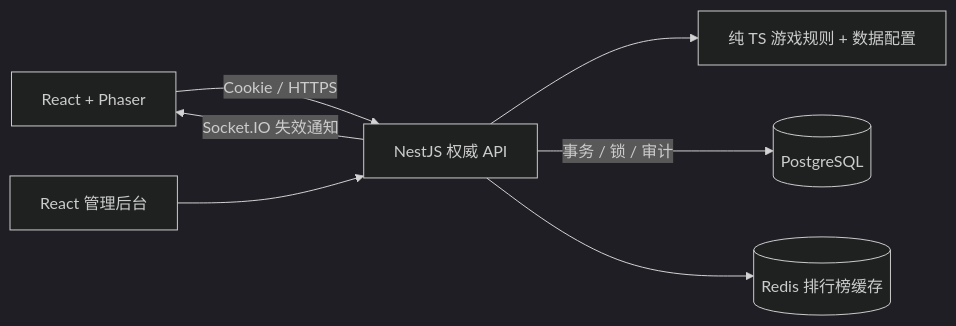
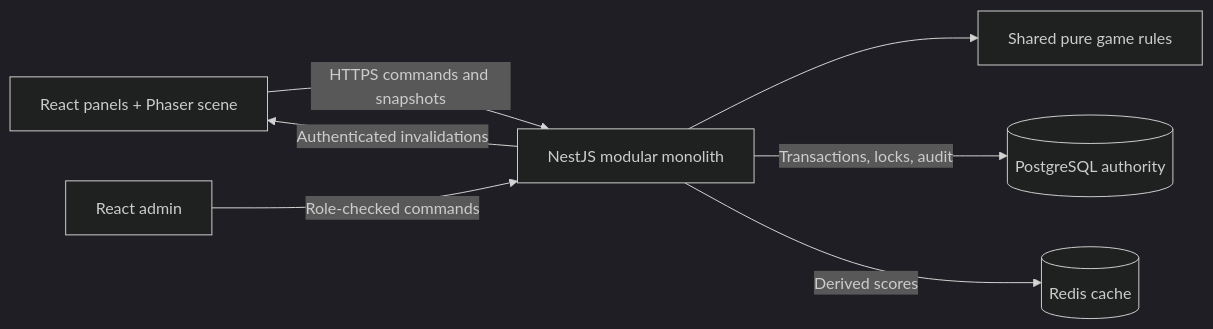
The first of 2 diagrams in README.md (Logic-syd/Driftopia), drawn with Mermaid (dark theme) before and after one commit. The commit also changed other lines of this file and 104 other files, not shown here.

````diff
--- a/README.md
+++ b/README.md
@@ -79,9 +48,9 @@
 ```mermaid
 flowchart LR
-  Web[React + Phaser] -->|Cookie / HTTPS| API[NestJS 权威 API]
-  Admin[React 管理后台] --> API
-  API --> Rules[纯 TS 游戏规则 + 数据配置]
-  API -->|事务 / 锁 / 审计| PG[(PostgreSQL)]
-  API --> Redis[(Redis 排行榜缓存)]
-  API -->|Socket.IO 失效通知| Web
+  Web[React panels + Phaser scene] -->|HTTPS commands and snapshots| API[NestJS modular monolith]
+  Admin[React admin] -->|Role-checked commands| API
+  API --> Rules[Shared pure game rules]
+  API -->|Transactions, locks, audit| PG[(PostgreSQL authority)]
+  API -->|Derived scores| Redis[(Redis cache)]
+  API -->|Authenticated invalidations| Web
 ```
````
